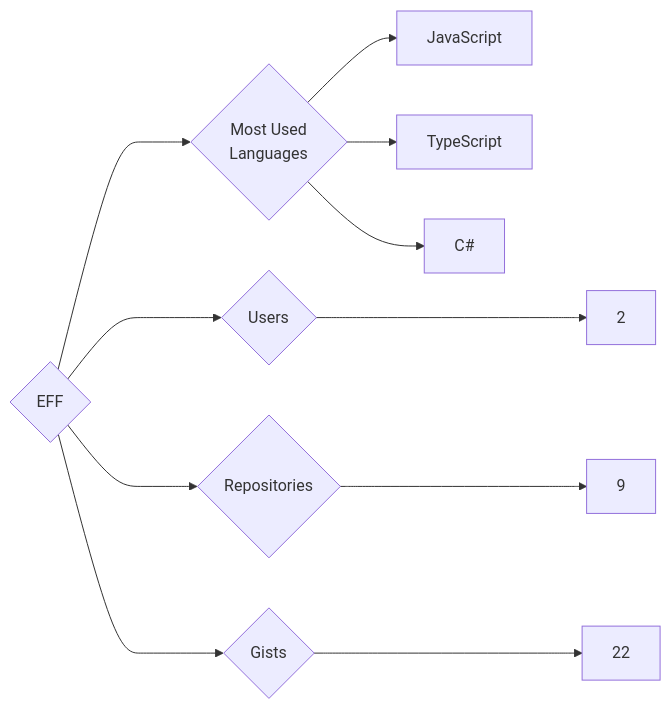
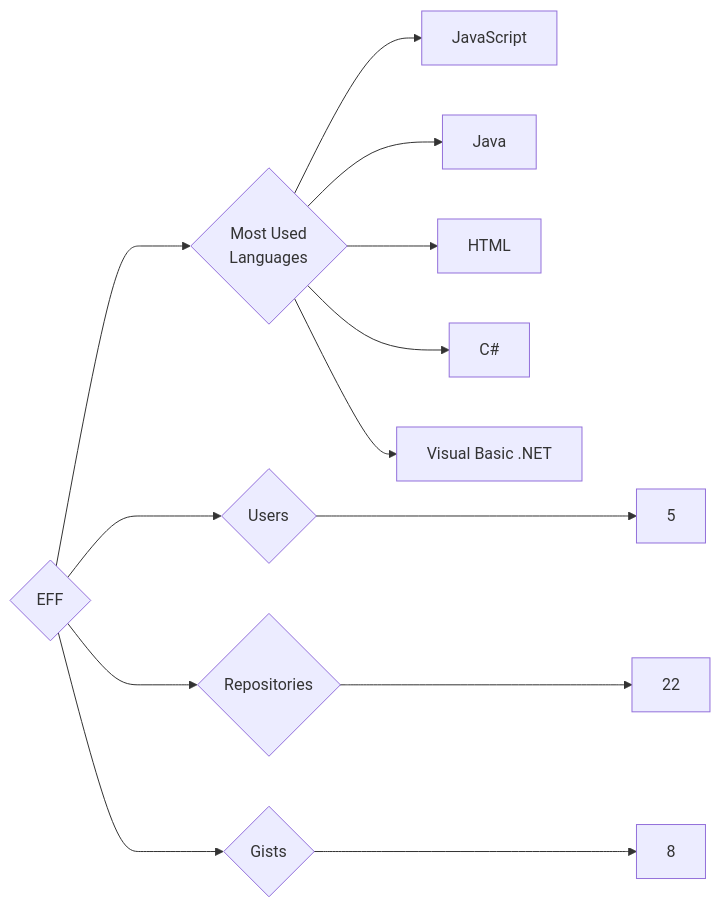
The diagram in targets/EFF/README.md (trickest/insiders), drawn with Mermaid before and after one commit. The commit also changed 1092 other files, not shown here.

````diff
--- a/targets/EFF/README.md
+++ b/targets/EFF/README.md
@@ -3,11 +3,13 @@
 ```mermaid
 graph LR
 COMPANY_NAME{EFF}
-COMPANY_NAME ---> U{Users} ---> UN[2]
-COMPANY_NAME ---> R{Repositories} ---> RN[9]
-COMPANY_NAME ---> G{Gists} ---> GN[22]
+COMPANY_NAME ---> U{Users} ---> UN[5]
+COMPANY_NAME ---> R{Repositories} ---> RN[22]
+COMPANY_NAME ---> G{Gists} ---> GN[8]
 COMPANY_NAME ---> ML{Most Used<br>Languages}
 ML --> JavaScript[JavaScript]
-ML --> TypeScript[TypeScript]
+ML --> Java[Java]
+ML --> HTML[HTML]
 ML --> C#[C#]
+ML --> Visual_Basic_.NET[Visual Basic .NET]
 ```
````
